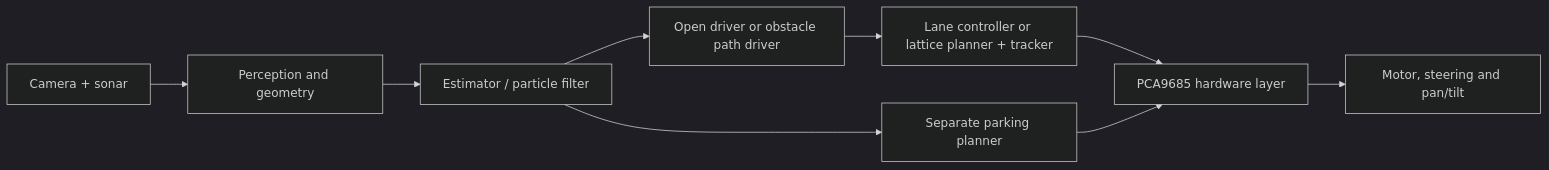
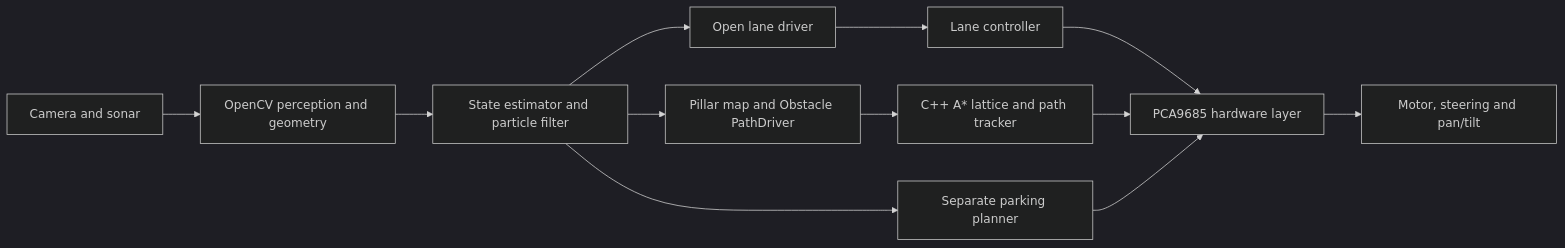
One commit to mariobosdeb/WRO_2026_Future_Engineers_StormDrive changed the diagram in README.md. Above: the diagram before and after it, drawn with Mermaid (dark theme). The commit also changed other lines of this file and 34 other files, not shown here.

````diff
--- a/README.md
+++ b/README.md
@@ -51,11 +47,14 @@
 ```mermaid
 flowchart LR
-  S["Camera + sonar"] --> P["Perception and geometry"]
-  P --> E["Estimator / particle filter"]
-  E --> D["Open driver or obstacle path driver"]
-  D --> L["Lane controller or lattice planner + tracker"]
-  L --> H["PCA9685 hardware layer"]
-  H --> R["Motor, steering and pan/tilt"]
-  E --> K["Separate parking planner"]
+  C[Camera and sonar] --> P[OpenCV perception and geometry]
+  P --> E[State estimator and particle filter]
+  E --> O[Open lane driver]
+  E --> M[Pillar map and Obstacle PathDriver]
+  O --> L[Lane controller]
+  M --> A[C++ A* lattice and path tracker]
+  E --> K[Separate parking planner]
+  L --> H[PCA9685 hardware layer]
+  A --> H
   K --> H
+  H --> R[Motor, steering and pan/tilt]
 ```
````
